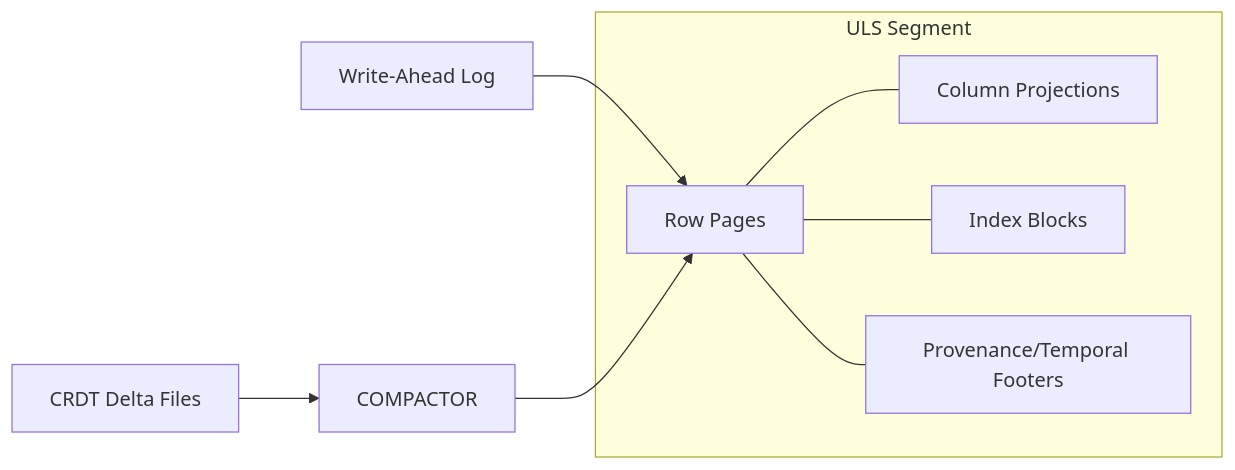
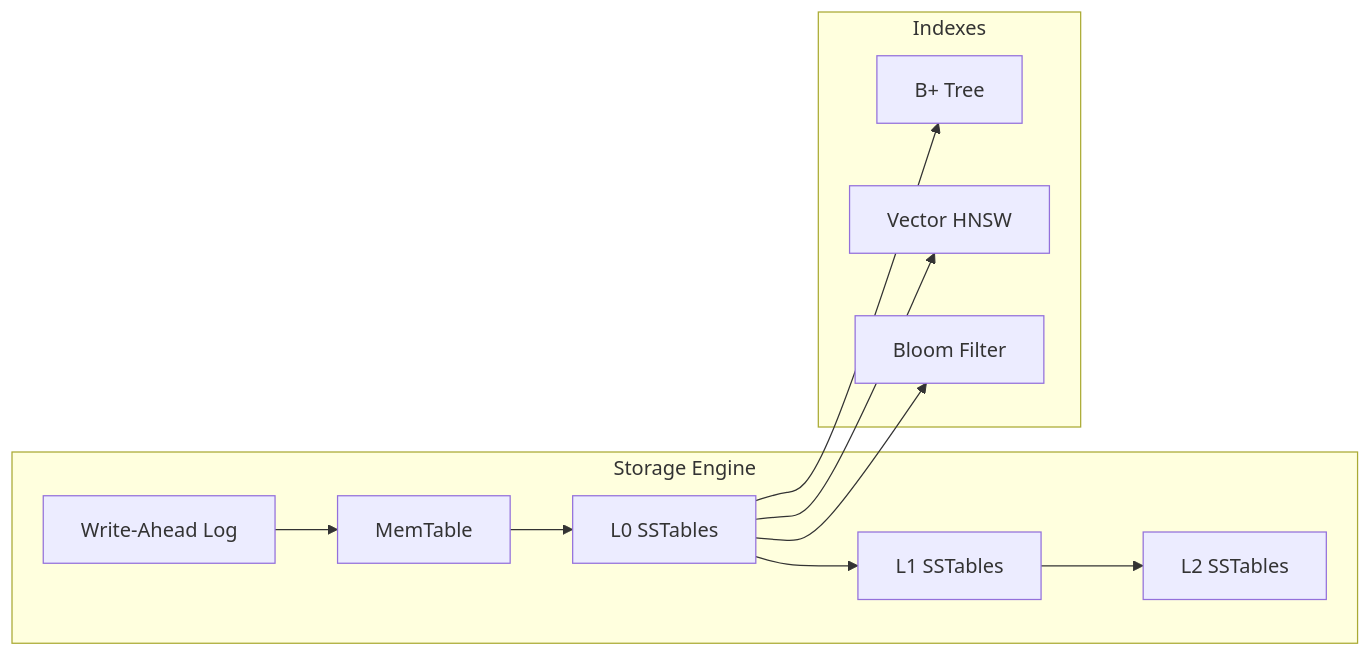
Before and after one commit to hoangsonww/LatticeDB-NextGen-DBMS: the sixth of 9 diagrams in README.md, drawn with Mermaid. The commit also changed other lines of this file and 82 other files, not shown here.

````diff
--- a/README.md
+++ b/README.md
@@ -387,12 +422,22 @@
 ```mermaid
 flowchart LR
-    subgraph ULS["ULS Segment"]
-        RP[Row Pages] --- CP[Column Projections]
-        RP --- IDX[Index Blocks]
-        RP --- META[Provenance/Temporal Footers]
+    subgraph "Storage Engine"
+        WAL[Write-Ahead Log]
+        MEM[MemTable]
+        L0[L0 SSTables]
+        L1[L1 SSTables]
+        L2[L2 SSTables]
     end
-
-    WAL[Write-Ahead Log] --> RP
-    COMPACTOR --> RP
-    CRDT[CRDT Delta Files] --> COMPACTOR
+    subgraph "Indexes"
+        BT[B+ Tree]
+        VEC[Vector HNSW]
+        BLOOM[Bloom Filter]
+    end
+    WAL --> MEM
+    MEM --> L0
+    L0 --> L1
+    L1 --> L2
+    L0 --> BT
+    L0 --> VEC
+    L0 --> BLOOM
 ```
````
